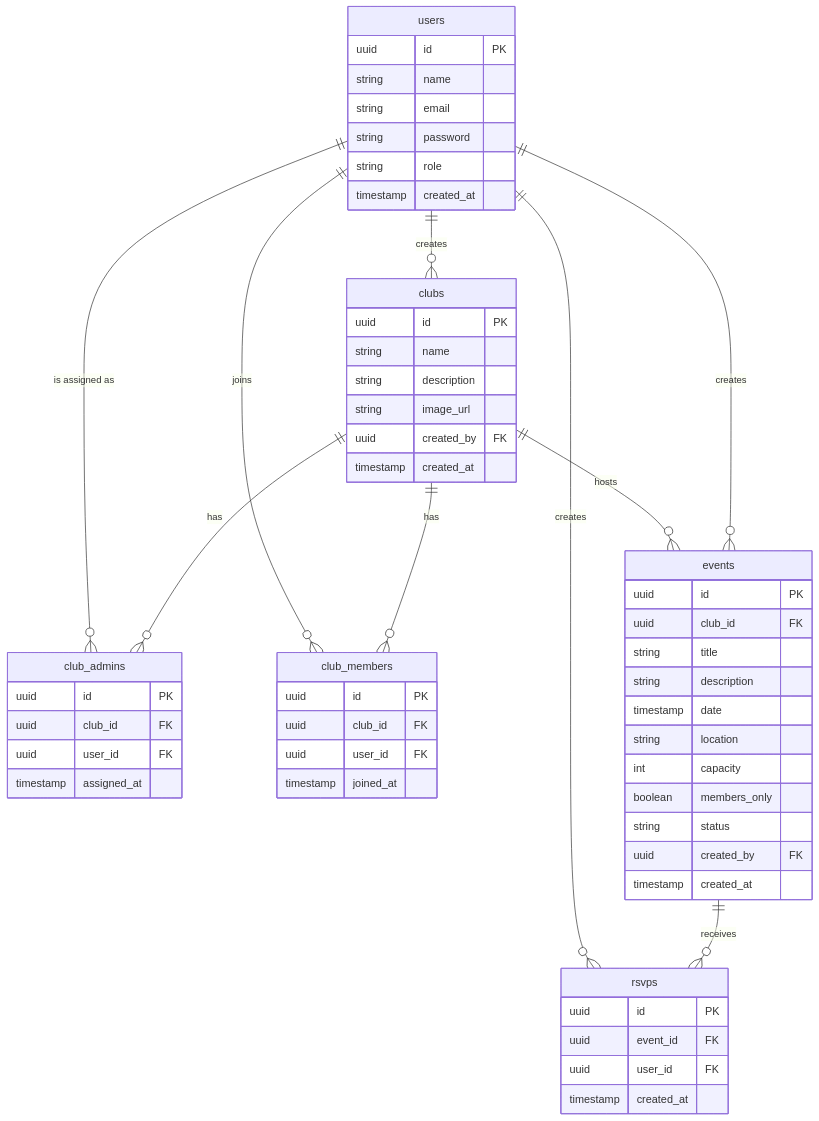
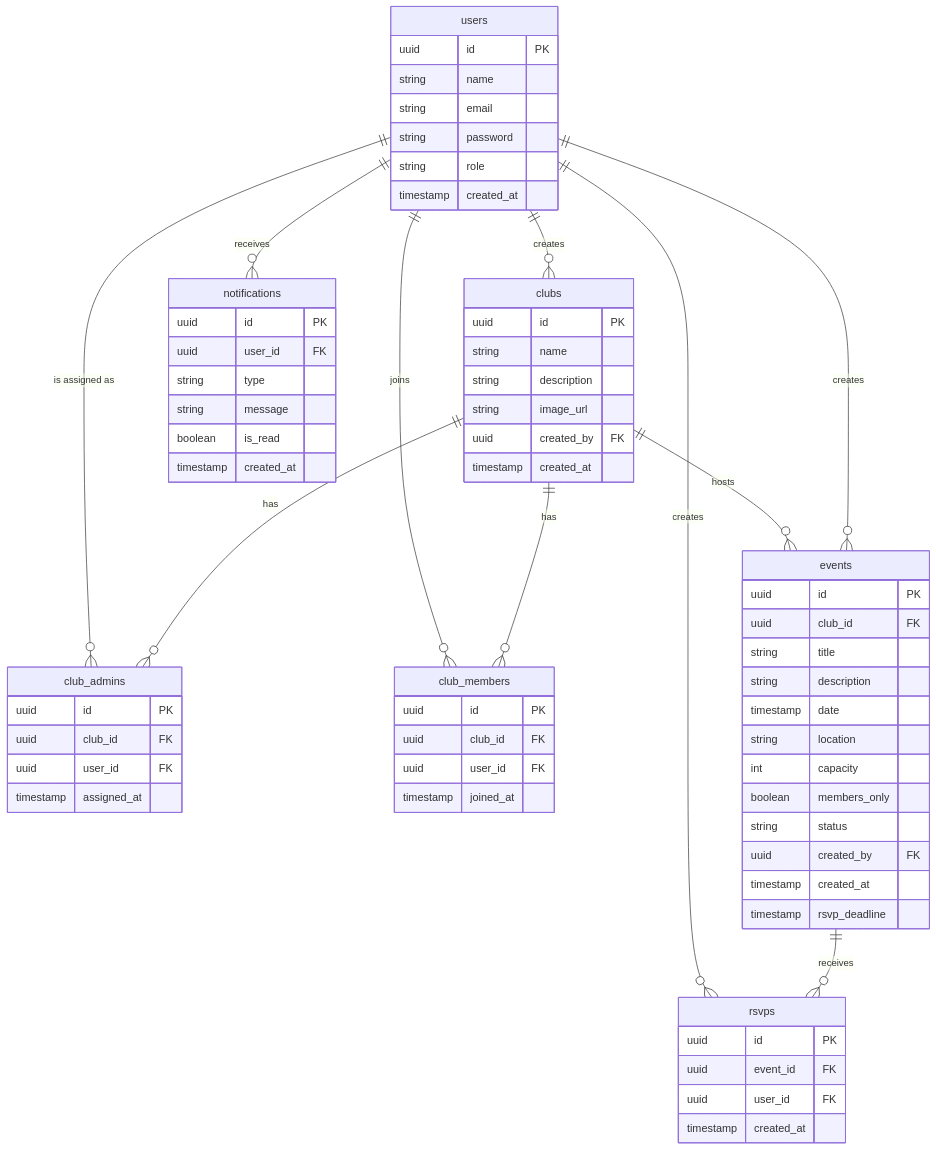
The diagram in docs/er-diagram.md (ehab177ehab/University-Club-Management-Portal), drawn with Mermaid before and after one commit. The commit also changed 1 other file, not shown here.

Commit message:
more schema.sql + er.diagram update

````diff
--- a/docs/er-diagram.md
+++ b/docs/er-diagram.md
@@ -4,60 +4,71 @@
 ```mermaid
 erDiagram
   users {
     uuid id PK
     string name
     string email
     string password
     string role
     timestamp created_at
   }
   clubs {
     uuid id PK
     string name
     string description
     string image_url
     uuid created_by FK
     timestamp created_at
   }
   club_admins {
     uuid id PK
     uuid club_id FK
     uuid user_id FK
     timestamp assigned_at
   }
   club_members {
     uuid id PK
     uuid club_id FK
     uuid user_id FK
     timestamp joined_at
   }
   events {
     uuid id PK
     uuid club_id FK
     string title
     string description
     timestamp date
     string location
     int capacity
     boolean members_only
     string status
     uuid created_by FK
     timestamp created_at
+    timestamp rsvp_deadline
   }
   rsvps {
     uuid id PK
     uuid event_id FK
     uuid user_id FK
     timestamp created_at
   }
+
+  notifications {
+  uuid id PK
+  uuid user_id FK
+  string type
+  string message
+  boolean is_read
+  timestamp created_at
+}
 
   users ||--o{ club_admins : "is assigned as"
   clubs ||--o{ club_admins : "has"
   users ||--o{ club_members : "joins"
   clubs ||--o{ club_members : "has"
   clubs ||--o{ events : "hosts"
   users ||--o{ rsvps : "creates"
   events ||--o{ rsvps : "receives"
   users ||--o{ clubs : "creates"
   users ||--o{ events : "creates"
+  users ||--o{ notifications : "receives"
 ```
````
